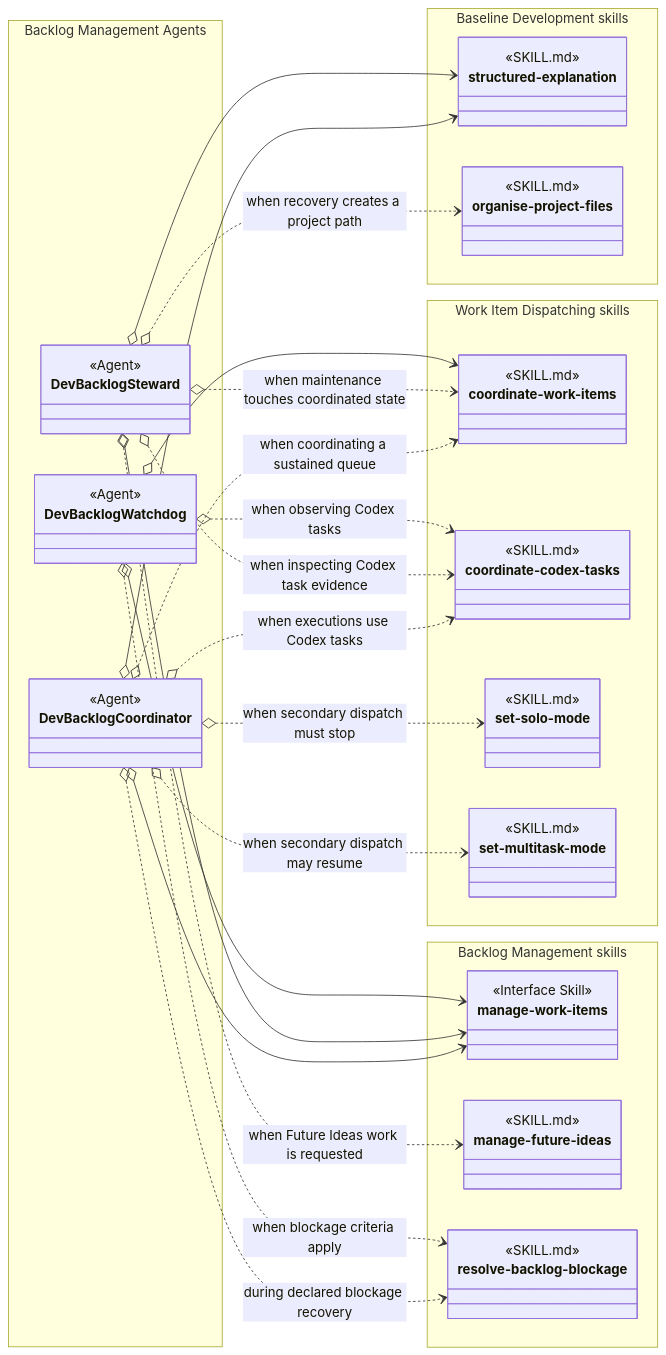
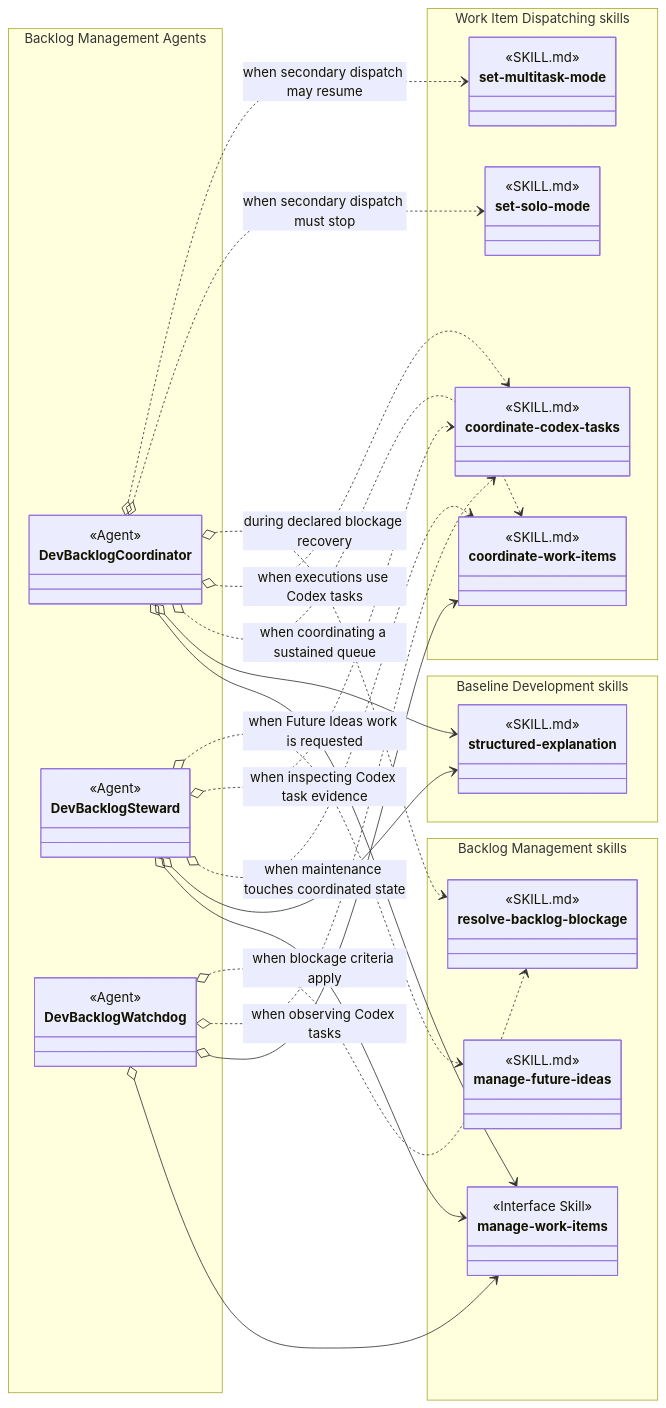
One commit to martinbechard/dev-methodology changed the third of 8 diagrams in design/agents/work-item-dispatching-and-delivery.md. Above: the diagram before and after it, drawn with Mermaid. The commit also changed other lines of this file and 140 other files, not shown here.

````diff
--- a/design/agents/work-item-dispatching-and-delivery.md
+++ b/design/agents/work-item-dispatching-and-delivery.md
@@ -122,72 +122,68 @@
 ```mermaid
 classDiagram
     direction LR
 
     namespace BacklogManagementAgents["Backlog Management Agents"] {
         class DevBacklogCoordinator {
             <<Agent>>
         }
         class DevBacklogSteward {
             <<Agent>>
         }
         class DevBacklogWatchdog {
             <<Agent>>
         }
     }
 
     namespace BacklogManagementSkills["Backlog Management skills"] {
         class ManageWorkItems["manage-work-items"] {
             <<Interface Skill>>
         }
         class manage-future-ideas {
             <<SKILL.md>>
         }
         class resolve-backlog-blockage {
             <<SKILL.md>>
         }
     }
 
     namespace WorkItemDispatchingSkills["Work Item Dispatching skills"] {
         class coordinate-work-items {
             <<SKILL.md>>
         }
         class coordinate-codex-tasks {
             <<SKILL.md>>
         }
         class set-solo-mode {
             <<SKILL.md>>
         }
         class set-multitask-mode {
             <<SKILL.md>>
         }
     }
 
     namespace BaselineDevelopmentSkills["Baseline Development skills"] {
         class structured-explanation {
             <<SKILL.md>>
         }
-        class organise-project-files {
-            <<SKILL.md>>
-        }
     }
 
     DevBacklogCoordinator o--> ManageWorkItems
     DevBacklogCoordinator o--> structured-explanation
     DevBacklogCoordinator o..> coordinate-work-items : when coordinating a sustained queue
     DevBacklogCoordinator o..> coordinate-codex-tasks : when executions use Codex tasks
     DevBacklogCoordinator o..> resolve-backlog-blockage : during declared blockage recovery
     DevBacklogCoordinator o..> set-solo-mode : when secondary dispatch must stop
     DevBacklogCoordinator o..> set-multitask-mode : when secondary dispatch may resume
 
     DevBacklogSteward o--> ManageWorkItems
     DevBacklogSteward o--> structured-explanation
     DevBacklogSteward o..> coordinate-work-items : when maintenance touches coordinated state
     DevBacklogSteward o..> coordinate-codex-tasks : when inspecting Codex task evidence
-    DevBacklogSteward o..> organise-project-files : when recovery creates a project path
     DevBacklogSteward o..> manage-future-ideas : when Future Ideas work is requested
 
     DevBacklogWatchdog o--> ManageWorkItems
     DevBacklogWatchdog o--> coordinate-work-items
     DevBacklogWatchdog o..> coordinate-codex-tasks : when observing Codex tasks
     DevBacklogWatchdog o..> resolve-backlog-blockage : when blockage criteria apply
 ```
````
